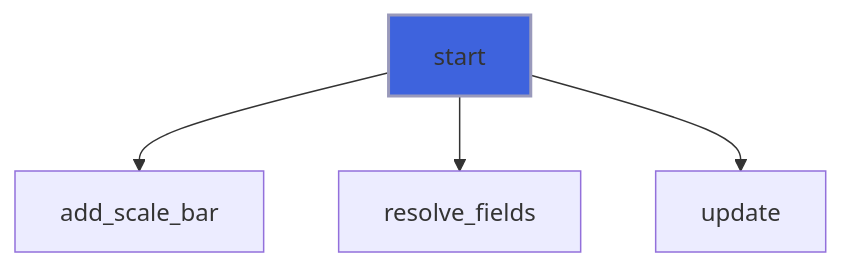
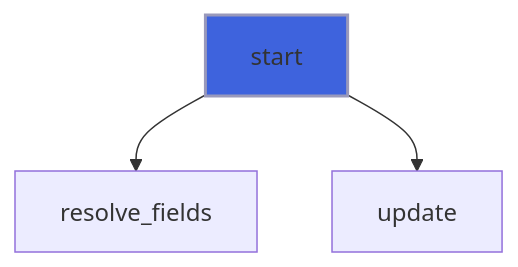
The fourth of 46 diagrams in docs/api/src/lib/forbear_bar_object.md (szaghi/forbear), drawn with Mermaid before and after one commit. The commit also changed other lines of this file and 48 other files, not shown here.

````diff
--- a/docs/api/src/lib/forbear_bar_object.md
+++ b/docs/api/src/lib/forbear_bar_object.md
@@ -375,7 +387,6 @@
 ```mermaid
 flowchart TD
-  start["start"] --> add_scale_bar["add_scale_bar"]
   start["start"] --> resolve_fields["resolve_fields"]
   start["start"] --> update["update"]
   style start fill:#3e63dd,stroke:#99b,stroke-width:2px
 ```
````
